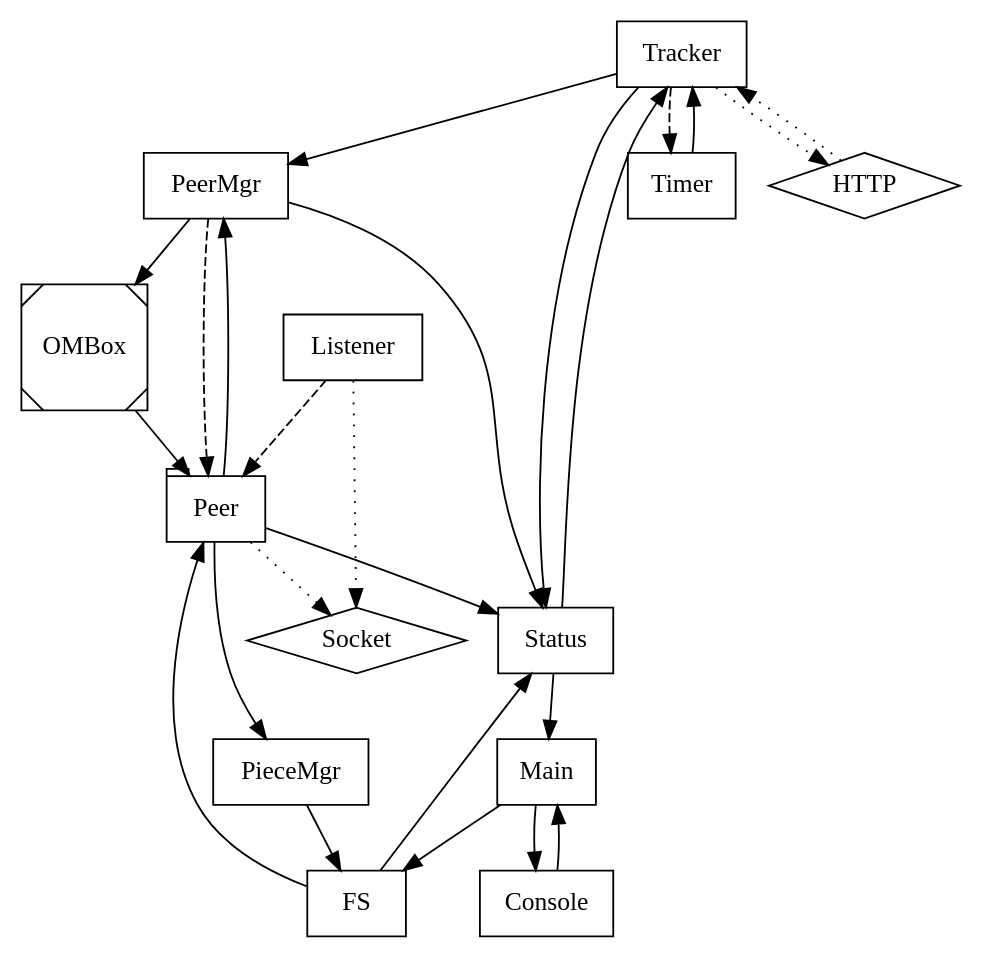
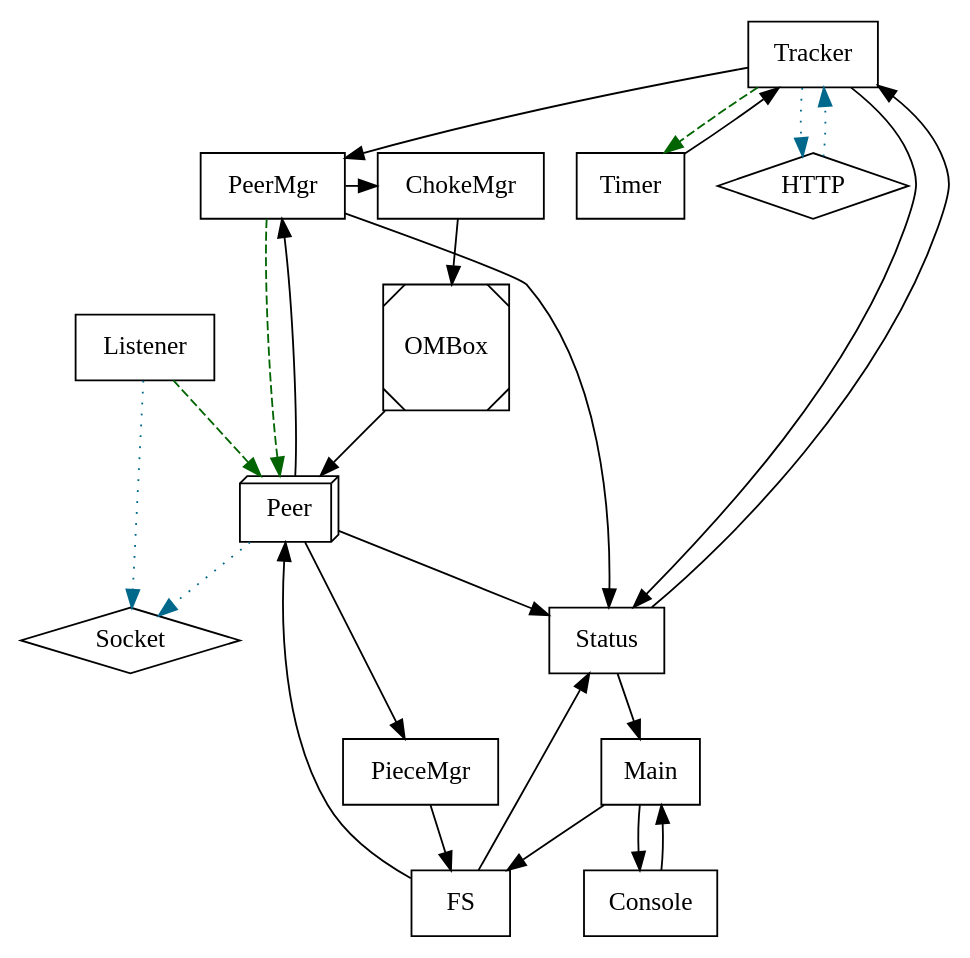
Before and after one commit to jlouis/combinatorrent: the diagram in doc/processes.dot, drawn with Graphviz.

Commit message:
Tell the process diagram about he choke manager.

```diff
--- a/doc/processes.dot
+++ b/doc/processes.dot
@@ -1,61 +1,66 @@
 digraph {
 
 	node [shape=box];
 	Tracker;
-	PeerMgr;
-	Peer [shape=tab];
+	Peer [shape=box3d];
+	{ rank = same;
+          PeerMgr;
+	  ChokeMgr;
+        }
 
 	OMBox [shape=Msquare];
 
 	Status;
 	FS;
 	Main;
 	Console;
 	Timer;
 	PieceMgr;
 
 	Listener;
 
 	node [shape=diamond];
 	HTTP;
 	Socket;
 
-	edge [style=dotted];
+	edge [style=dotted,color=deepskyblue4];
 	Tracker -> HTTP;
 	HTTP    -> Tracker;
 	Peer -> Socket;
 	Listener-> Socket;
 
-	edge [style=solid];
+	edge [style=solid,color=black];
 
 	Tracker -> PeerMgr;
-	Tracker -> Timer [style=dashed];
+	Tracker -> Timer [style=dashed,color=darkgreen];
 	Tracker -> Status
 
 	Timer -> Tracker;
 
-	PeerMgr -> OMBox -> Peer;
-	PeerMgr -> Peer [style=dashed];
+	OMBox -> Peer;
+	PeerMgr -> Peer [style=dashed,color=darkgreen];
 	PeerMgr -> Status;
+	ChokeMgr -> OMBox;
+	PeerMgr -> ChokeMgr;
 
 	Peer -> PeerMgr;
 
 	FS -> Peer;
 	Peer -> Status;
 
 	Peer -> PieceMgr;
 
 	PieceMgr -> FS;
 
 	FS -> Status;
 
 	Main -> Console;
 	Main -> FS;
 
 	Console -> Main;
 
 	Status -> Tracker;
 	Status -> Main;
 
-	Listener -> Peer [style=dashed];
+	Listener -> Peer [style=dashed,color=darkgreen];
 }
```
